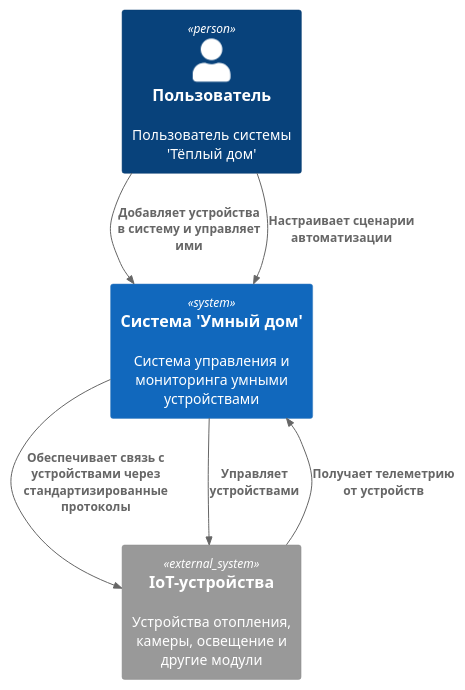
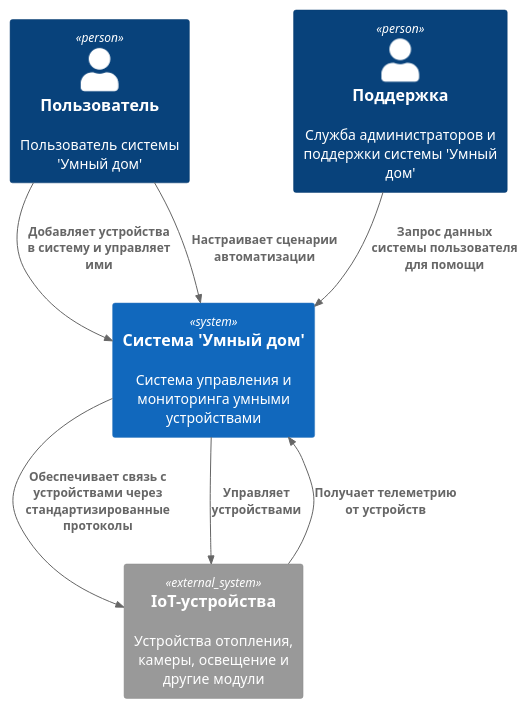
Before and after one commit to lexa-vic/architecture-sprint-3: the diagram in С4_Context.puml, drawn with PlantUML. The commit also changed 10 other files, not shown here.

```diff
--- a/С4_Context.puml
+++ b/С4_Context.puml
@@ -1,16 +1,18 @@
 @startuml
 !includeurl https://raw.githubusercontent.com/plantuml-stdlib/C4-PlantUML/master/C4_Context.puml
 
-Person(customer, "Пользователь", "Пользователь системы 'Тёплый дом'")
+Person(customer, "Пользователь", "Пользователь системы 'Умный дом'")
+Person(admin, "Поддержка", "Служба администраторов и поддержки системы 'Умный дом'")
 
 System(smart_home, "Система 'Умный дом'", "Система управления и мониторинга умными устройствами")
 
 System_Ext(customer_devices, "IoT-устройства", "Устройства отопления, камеры, освещение и другие модули")
 
 Rel(customer, smart_home, "Добавляет устройства в систему и управляет ими")
 Rel(customer, smart_home, "Настраивает сценарии автоматизации")
+Rel(admin, smart_home, "Запрос данных системы пользователя для помощи")
 Rel(smart_home, customer_devices, "Обеспечивает связь с устройствами через стандартизированные протоколы")
 Rel(smart_home, customer_devices, "Управляет устройствами")
 Rel(customer_devices,smart_home, "Получает телеметрию от устройств")
 
 @enduml
```
